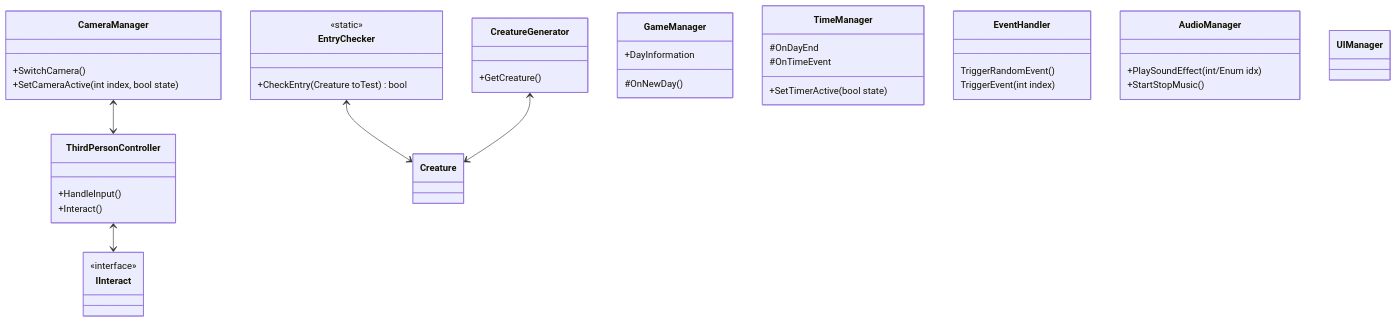
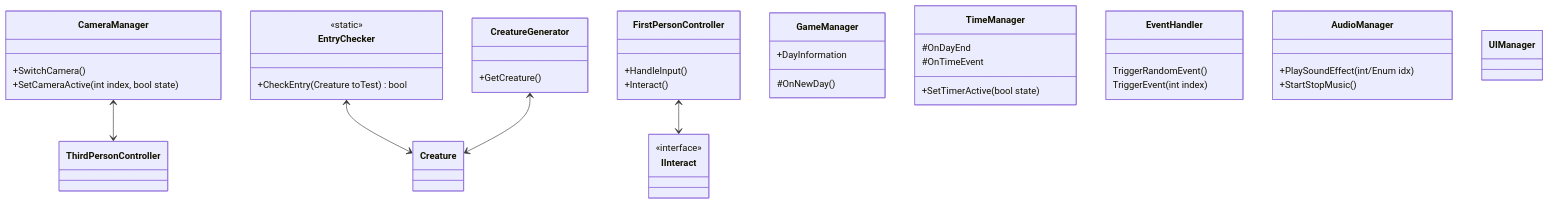
Before and after one commit to M1st3r-G/StellarSuspicion: the diagram in StellarSuspicionVault/Programmer/Class Diagramm.md, drawn with Mermaid.

Commit message:
Update Class Diagramm.md

````diff
--- a/StellarSuspicionVault/Programmer/Class Diagramm.md
+++ b/StellarSuspicionVault/Programmer/Class Diagramm.md
@@ -1,58 +1,58 @@
 ```mermaid
 
 classDiagram
         CameraManager <--> ThirdPersonController
 		EntryChecker <--> Creature
 		CreatureGenerator <--> Creature
-		ThirdPersonController <--> IInteract
+		FirstPersonController <--> IInteract
 
         class GameManager{
             +DayInformation
             #OnNewDay()
         }
 		
-		class ThirdPersonController{
+		class FirstPersonController{
 			+HandleInput()
 			+Interact()
 		}
 	
 		class IInteract{
 			<<interface>>
 		}
 
 		class CameraManager{
 			+SwitchCamera()
 			+SetCameraActive(int index, bool state)
 		}
 
 		class TimeManager{
 			+SetTimerActive(bool state)
 			#OnDayEnd
 			#OnTimeEvent
 		}
 
         class CreatureGenerator{
 	        +GetCreature()
         }
     
         class EventHandler{
 	        TriggerRandomEvent()
 	        TriggerEvent(int index)
         }
 		
 		class AudioManager{
 			+PlaySoundEffect(int/Enum idx)
 			+StartStopMusic()
 		}
 		
 		class UIManager{
 		}
 
 		class EntryChecker{
 			<<static>>
 			+CheckEntry(Creature toTest) bool
 		}
 
 		class Creature{
 		}
 ```
````
